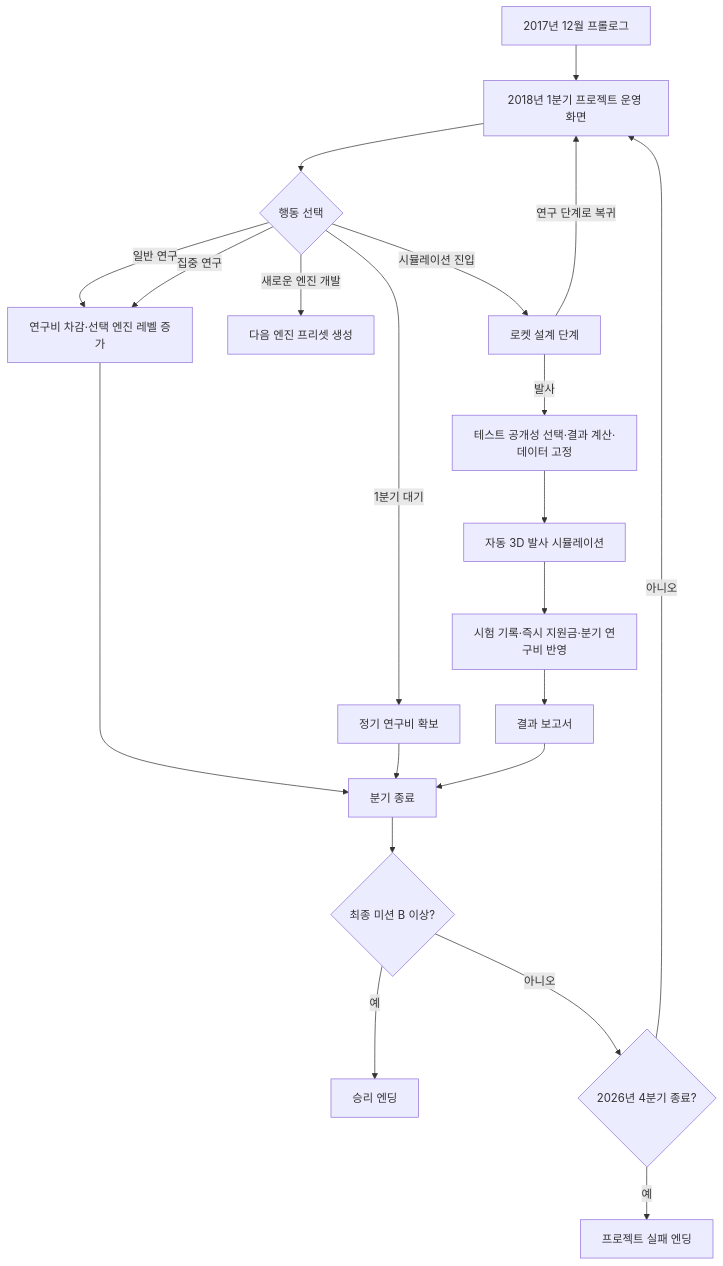
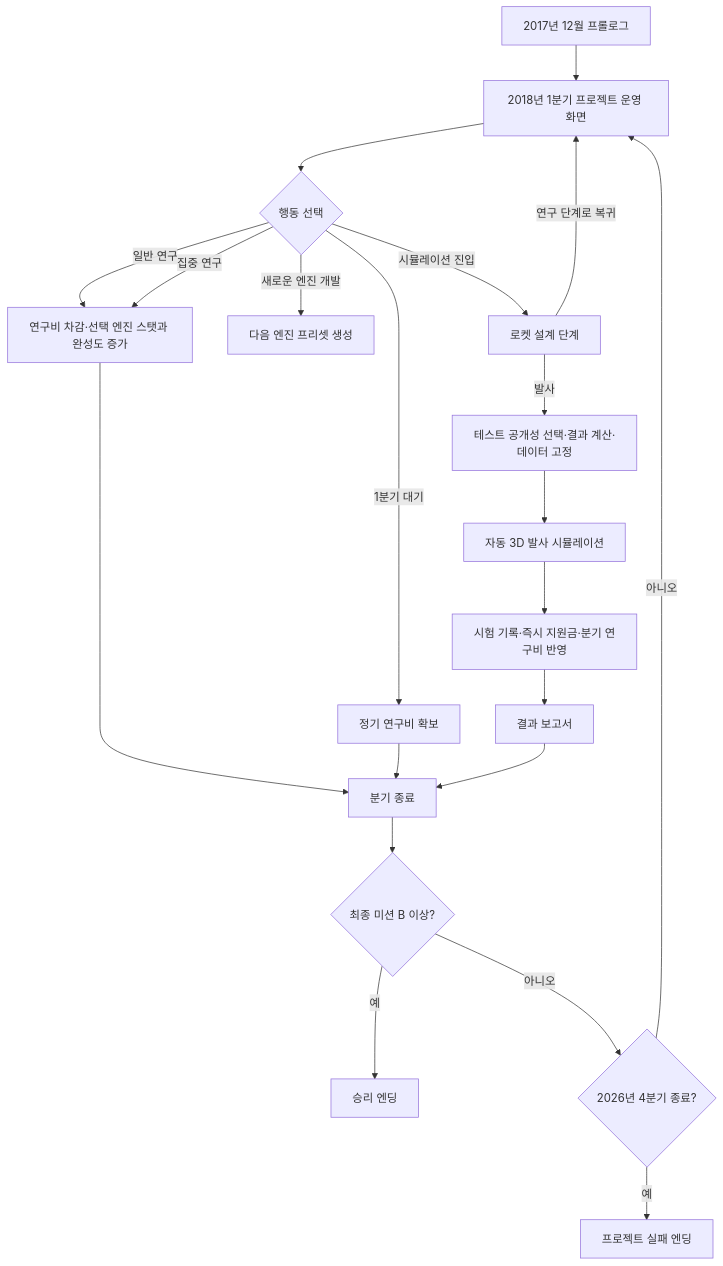
Before and after one commit to NHNAI-26/2026NHNAI: the first of 2 diagrams in docs/artemis-2026-gdd/02_전체_플레이_흐름.md, drawn with Mermaid. The commit also changed other lines of this file and 16 other files, not shown here.

````diff
--- a/docs/artemis-2026-gdd/02_전체_플레이_흐름.md
+++ b/docs/artemis-2026-gdd/02_전체_플레이_흐름.md
@@ -8,23 +8,23 @@
 ```mermaid
 flowchart TD
     A[2017년 12월 프롤로그] --> B[2018년 1분기 프로젝트 운영 화면]
     B --> C{행동 선택}
-    C -->|일반 연구| D[연구비 차감·선택 엔진 레벨 증가]
+    C -->|일반 연구| D[연구비 차감·선택 엔진 스탯과 완성도 증가]
     C -->|집중 연구| D
     C -->|새로운 엔진 개발| P[다음 엔진 프리셋 생성]
     C -->|1분기 대기| E[정기 연구비 확보]
     C -->|시뮬레이션 진입| F[로켓 설계 단계]
     F -->|연구 단계로 복귀| B
     F -->|발사| G[테스트 공개성 선택·결과 계산·데이터 고정]
     G --> H[자동 3D 발사 시뮬레이션]
     H --> I[시험 기록·즉시 지원금·분기 연구비 반영]
     I --> Q[결과 보고서]
     D --> J[분기 종료]
     E --> J
     Q --> J
     J --> K{최종 미션 B 이상?}
     K -->|예| L[승리 엔딩]
     K -->|아니오| M{2026년 4분기 종료?}
     M -->|아니오| B
     M -->|예| N[프로젝트 실패 엔딩]
 ```
````
